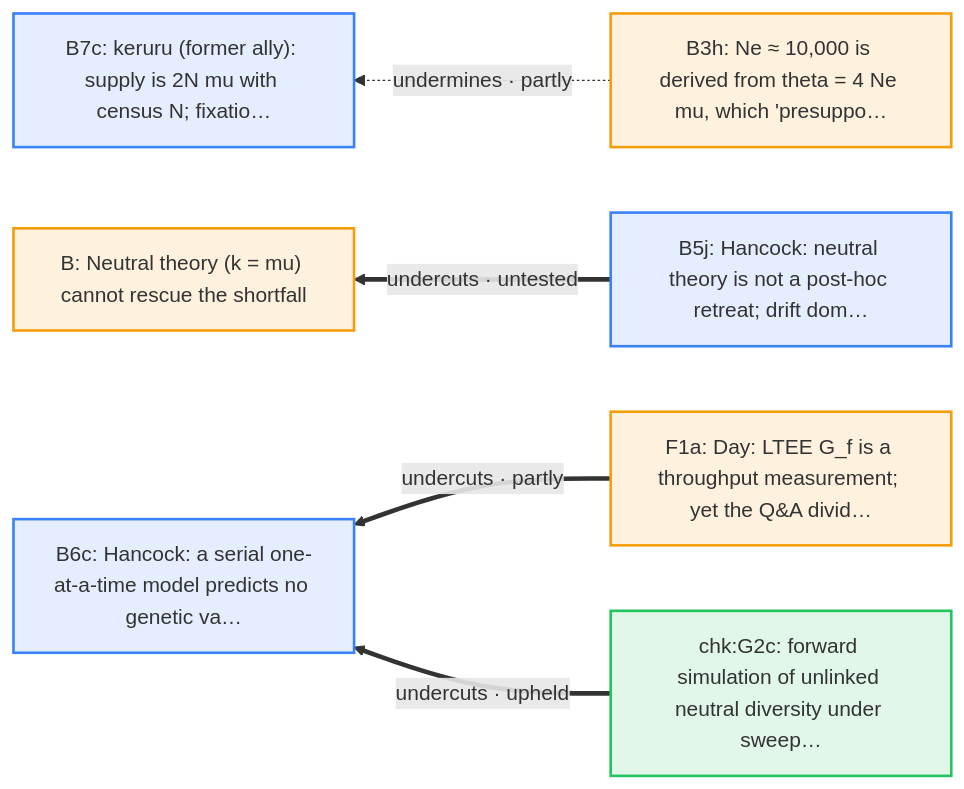
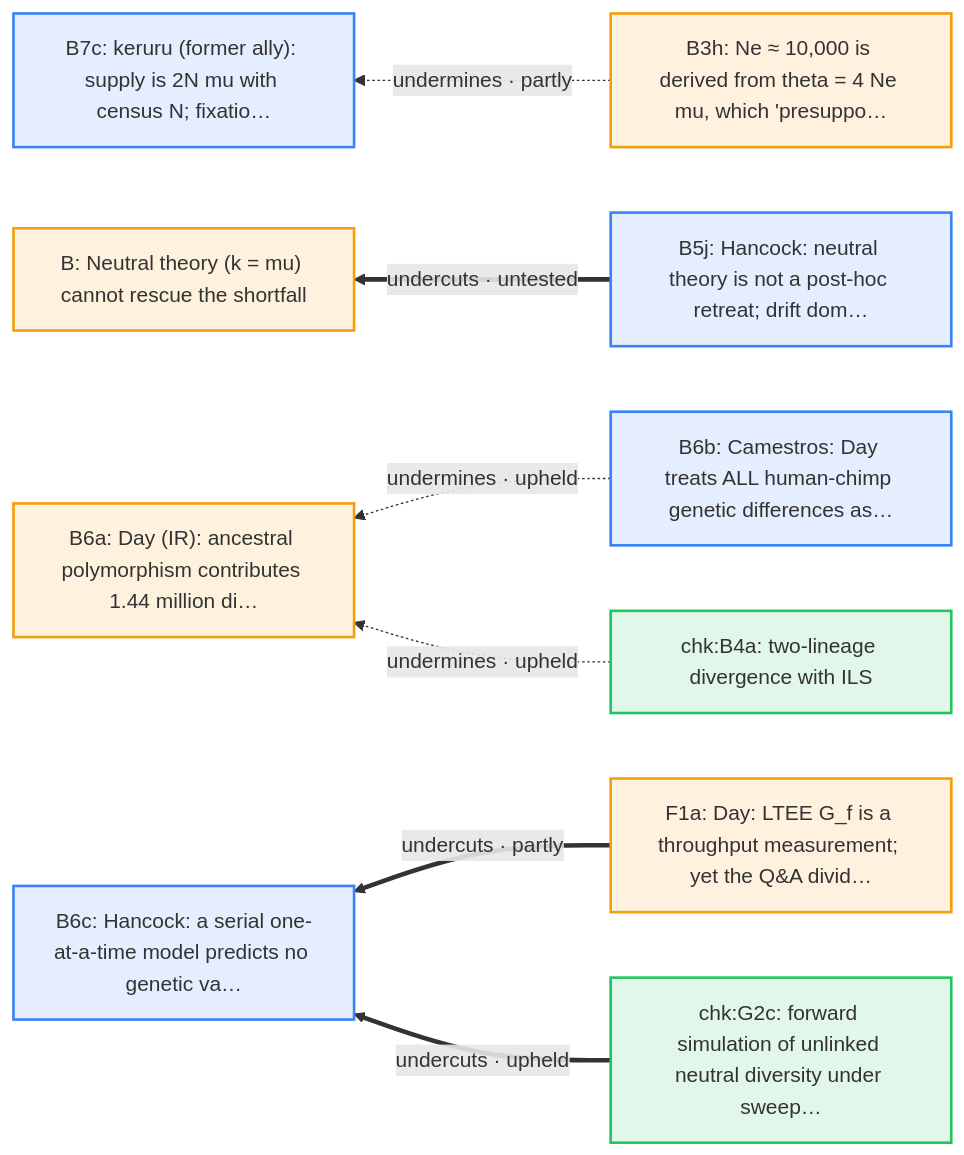
Before and after one commit to nickallevato/evo-sim: the seventh of 19 diagrams in docs/arguments/defeaters.md, drawn with Mermaid. The commit also changed other lines of this file and 22 other files, not shown here.

````diff
--- a/docs/arguments/defeaters.md
+++ b/docs/arguments/defeaters.md
@@ -364,19 +365,24 @@
 ```mermaid
 flowchart RL
   classDef day fill:#f59e0b22,stroke:#f59e0b,stroke-width:2px
   classDef ally fill:#d9770622,stroke:#d97706,stroke-width:2px
   classDef critic fill:#3b82f622,stroke:#3b82f6,stroke-width:2px
   classDef literature fill:#a3a3a322,stroke:#a3a3a3,stroke-width:2px
   classDef audit fill:#22c55e22,stroke:#22c55e,stroke-width:2px
   B["B: Neutral theory (k = mu) cannot rescue the shortfall"]:::day
   B3h["B3h: Ne ≈ 10,000 is derived from theta = 4 Ne mu, which 'presuppo…"]:::day
   B5j["B5j: Hancock: neutral theory is not a post-hoc retreat; drift dom…"]:::critic
+  B6a["B6a: Day (IR): ancestral polymorphism contributes 1.44 million di…"]:::day
+  B6b["B6b: Camestros: Day treats ALL human-chimp genetic differences as…"]:::critic
   B6c["B6c: Hancock: a serial one-at-a-time model predicts no genetic va…"]:::critic
   B7c["B7c: keruru (former ally): supply is 2N mu with census N; fixatio…"]:::critic
   F1a["F1a: Day: LTEE G_f is a throughput measurement; yet the Q&A divid…"]:::day
+  chk_B4a["chk:B4a: two-lineage divergence with ILS"]:::audit
   chk_G2c["chk:G2c: forward simulation of unlinked neutral diversity under sweep…"]:::audit
+  B6b -.->|"undermines · upheld"| B6a
+  chk_B4a -.->|"undermines · upheld"| B6a
   F1a ==>|"undercuts · partly"| B6c
   chk_G2c ==>|"undercuts · upheld"| B6c
   B3h -.->|"undermines · partly"| B7c
   B5j ==>|"undercuts · untested"| B
 ```
````
